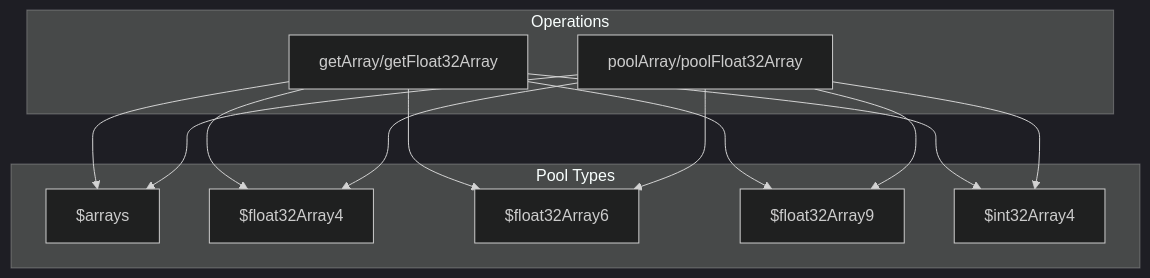
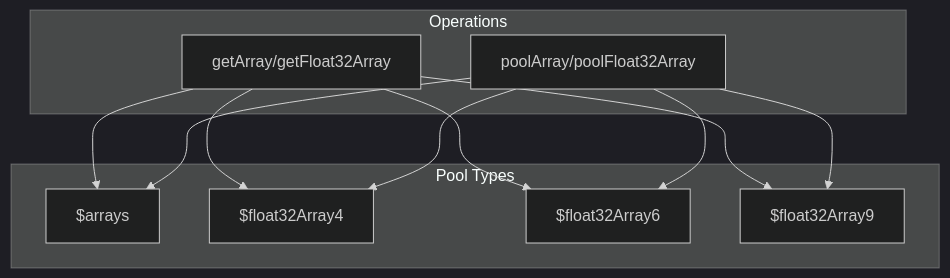
One commit to Next2D/player changed the third of 3 diagrams in packages/webgl/docs/02-context-state.md. Above: the diagram before and after it, drawn with Mermaid (dark theme). The commit also changed 15 other files, not shown here.

````diff
--- a/packages/webgl/docs/02-context-state.md
+++ b/packages/webgl/docs/02-context-state.md
@@ -102,26 +102,23 @@
 ```mermaid
 flowchart TB
     subgraph "Pool Types"
         ARR[$arrays]
         F4[$float32Array4]
         F6[$float32Array6]
         F9[$float32Array9]
-        I4[$int32Array4]
     end
 
     subgraph "Operations"
         GET[getArray/getFloat32Array]
         POOL[poolArray/poolFloat32Array]
     end
 
     GET --> ARR
     GET --> F4
     GET --> F6
     GET --> F9
-    GET --> I4
     POOL --> ARR
     POOL --> F4
     POOL --> F6
     POOL --> F9
-    POOL --> I4
 ```
````
